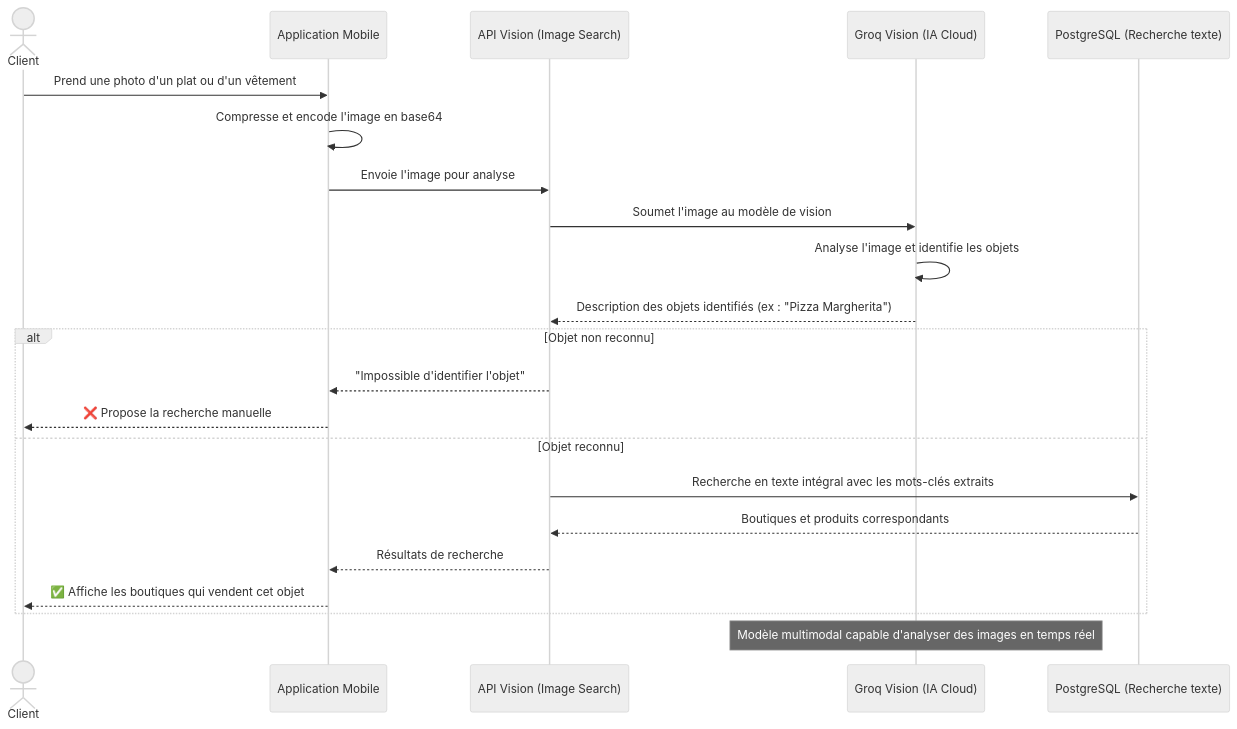
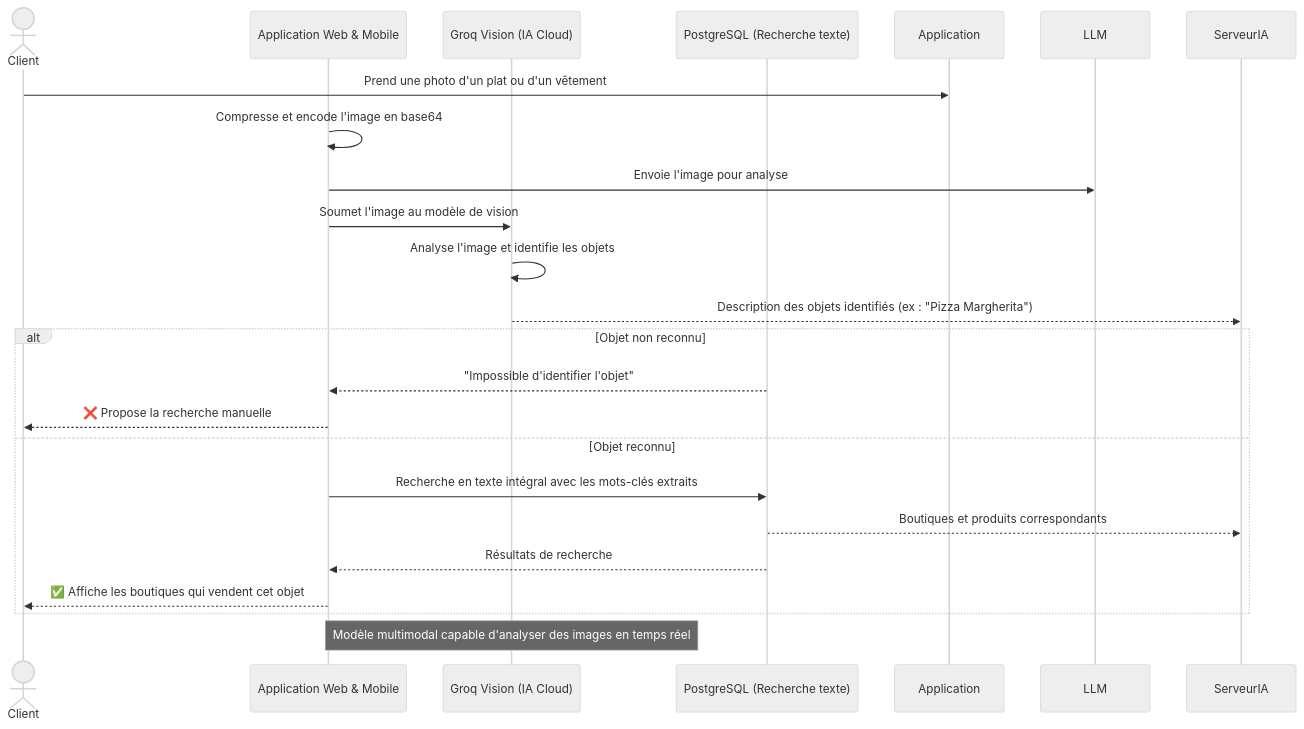
Before and after one commit to Abderrahmen1111/private-PFE-repos: diagram 19 of 34 in SEQUENCE_DIAGRAMS_WORD_FORMAT_OPTIMIZED.md, drawn with Mermaid (neutral theme). The commit also changed other lines of this file and 2 other files, not shown here.

Commit message:
docs: adapt sequence diagrams to Web/Mobile apps and Django SaaS Admin

````diff
--- a/SEQUENCE_DIAGRAMS_WORD_FORMAT_OPTIMIZED.md
+++ b/SEQUENCE_DIAGRAMS_WORD_FORMAT_OPTIMIZED.md
@@ -596,26 +594,26 @@
 ```mermaid
 sequenceDiagram
     actor Client
-    participant Application as Application Mobile
-    participant ServeurIA as API Vision (Image Search)
+    participant App as Application Web & Mobile
+    participant GroqVision as Groq Vision (IA Cloud)
     participant GroqVision as Groq Vision (IA Cloud)
     participant BD as PostgreSQL (Recherche texte)
 
     Client->>Application: Prend une photo d'un plat ou d'un vêtement
-    Application->>Application: Compresse et encode l'image en base64
-    Application->>ServeurIA: Envoie l'image pour analyse
-    ServeurIA->>GroqVision: Soumet l'image au modèle de vision
+    App->>App: Compresse et encode l'image en base64
+    App->>LLM: Envoie l'image pour analyse
+    App->>GroqVision: Soumet l'image au modèle de vision
     GroqVision->>GroqVision: Analyse l'image et identifie les objets
     GroqVision-->>ServeurIA: Description des objets identifiés (ex : "Pizza Margherita")
     alt Objet non reconnu
-        ServeurIA-->>Application: "Impossible d'identifier l'objet"
-        Application-->>Client: ❌ Propose la recherche manuelle
+        BD-->>App: "Impossible d'identifier l'objet"
+        App-->>Client: ❌ Propose la recherche manuelle
     else Objet reconnu
-        ServeurIA->>BD: Recherche en texte intégral avec les mots-clés extraits
+        App->>BD: Recherche en texte intégral avec les mots-clés extraits
         BD-->>ServeurIA: Boutiques et produits correspondants
-        ServeurIA-->>Application: Résultats de recherche
-        Application-->>Client: ✅ Affiche les boutiques qui vendent cet objet
+        BD-->>App: Résultats de recherche
+        App-->>Client: ✅ Affiche les boutiques qui vendent cet objet
     end
 
     Note over GroqVision: Modèle multimodal capable d'analyser des images en temps réel
 ```
````
